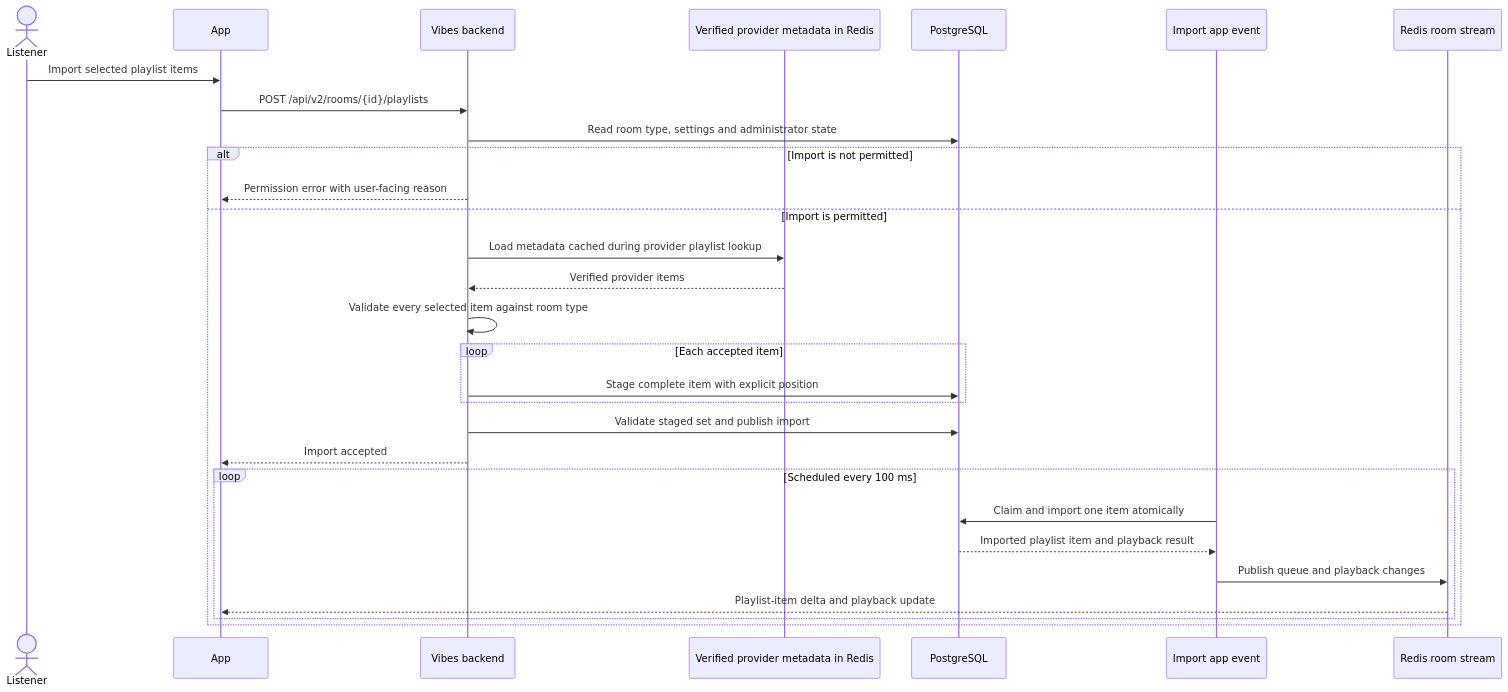
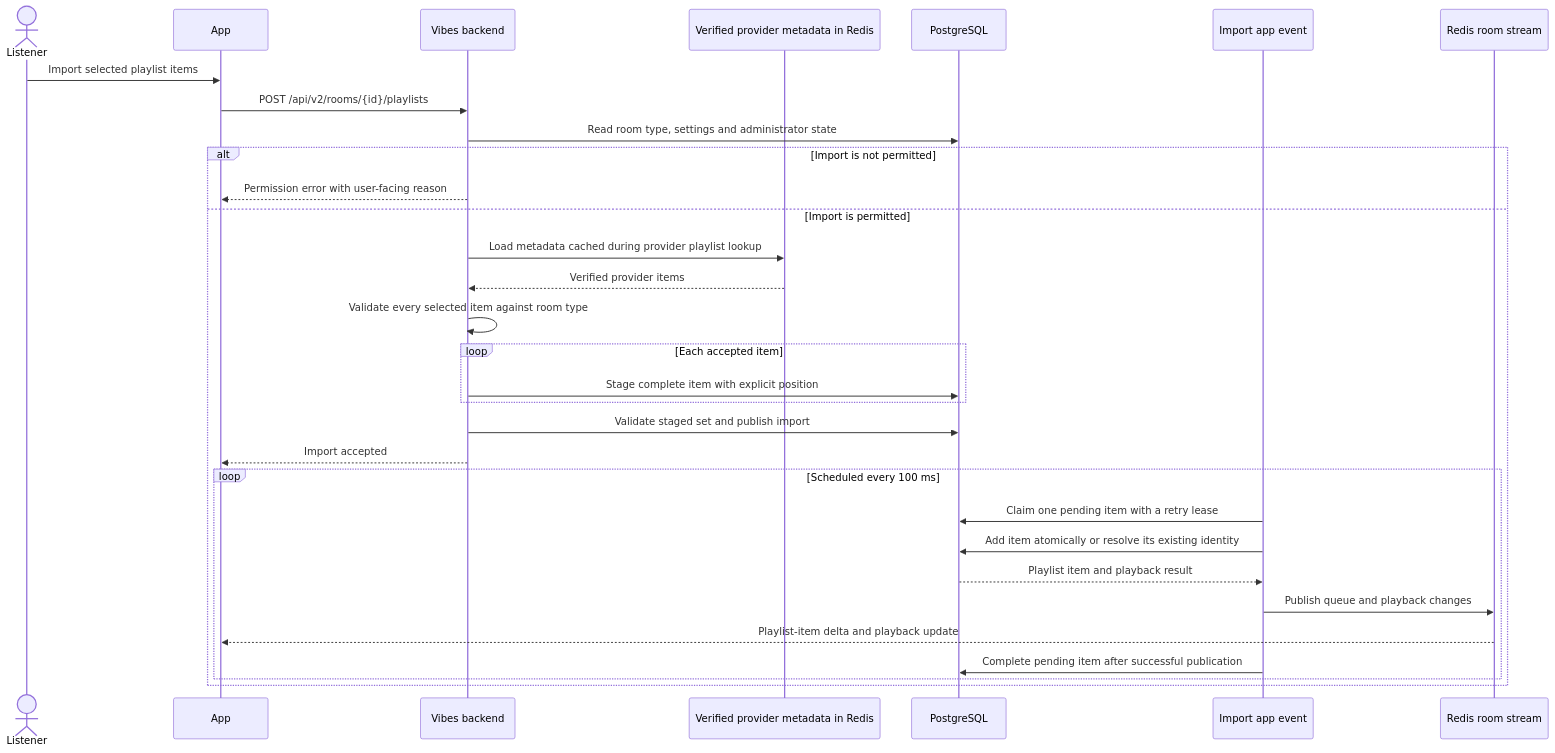
The diagram in docs/flows/playlists.md (zoff-music/vibes-backend), drawn with Mermaid before and after one commit. The commit also changed other lines of this file and 10 other files, not shown here.

First line of the commit message:
fix: preserve playlist import retries and finish feature cleanup (#165)

````diff
--- a/docs/flows/playlists.md
+++ b/docs/flows/playlists.md
@@ -11,32 +11,34 @@
 ```mermaid
 sequenceDiagram
     actor Listener
     participant App
     participant API as Vibes backend
     participant Cache as Verified provider metadata in Redis
     participant DB as PostgreSQL
     participant Worker as Import app event
     participant Events as Redis room stream
 
     Listener->>App: Import selected playlist items
     App->>API: POST /api/v2/rooms/{id}/playlists
     API->>DB: Read room type, settings and administrator state
     alt Import is not permitted
         API-->>App: Permission error with user-facing reason
     else Import is permitted
         API->>Cache: Load metadata cached during provider playlist lookup
         Cache-->>API: Verified provider items
         API->>API: Validate every selected item against room type
         loop Each accepted item
             API->>DB: Stage complete item with explicit position
         end
         API->>DB: Validate staged set and publish import
         API-->>App: Import accepted
         loop Scheduled every 100 ms
-            Worker->>DB: Claim and import one item atomically
-            DB-->>Worker: Imported playlist item and playback result
+            Worker->>DB: Claim one pending item with a retry lease
+            Worker->>DB: Add item atomically or resolve its existing identity
+            DB-->>Worker: Playlist item and playback result
             Worker->>Events: Publish queue and playback changes
             Events-->>App: Playlist-item delta and playback update
+            Worker->>DB: Complete pending item after successful publication
         end
     end
 ```
````
